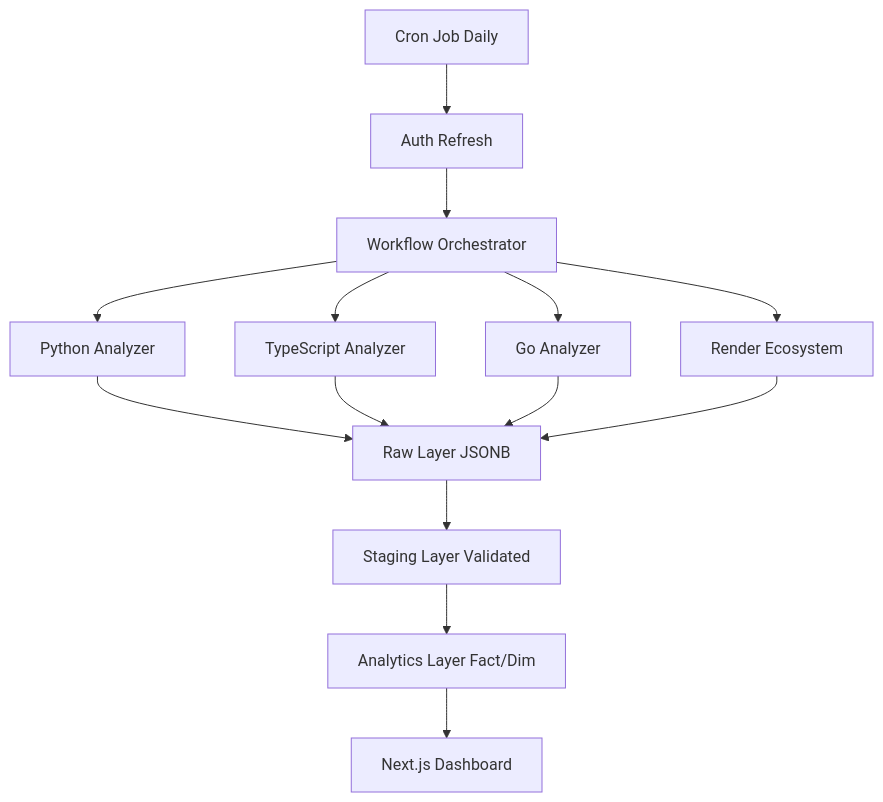
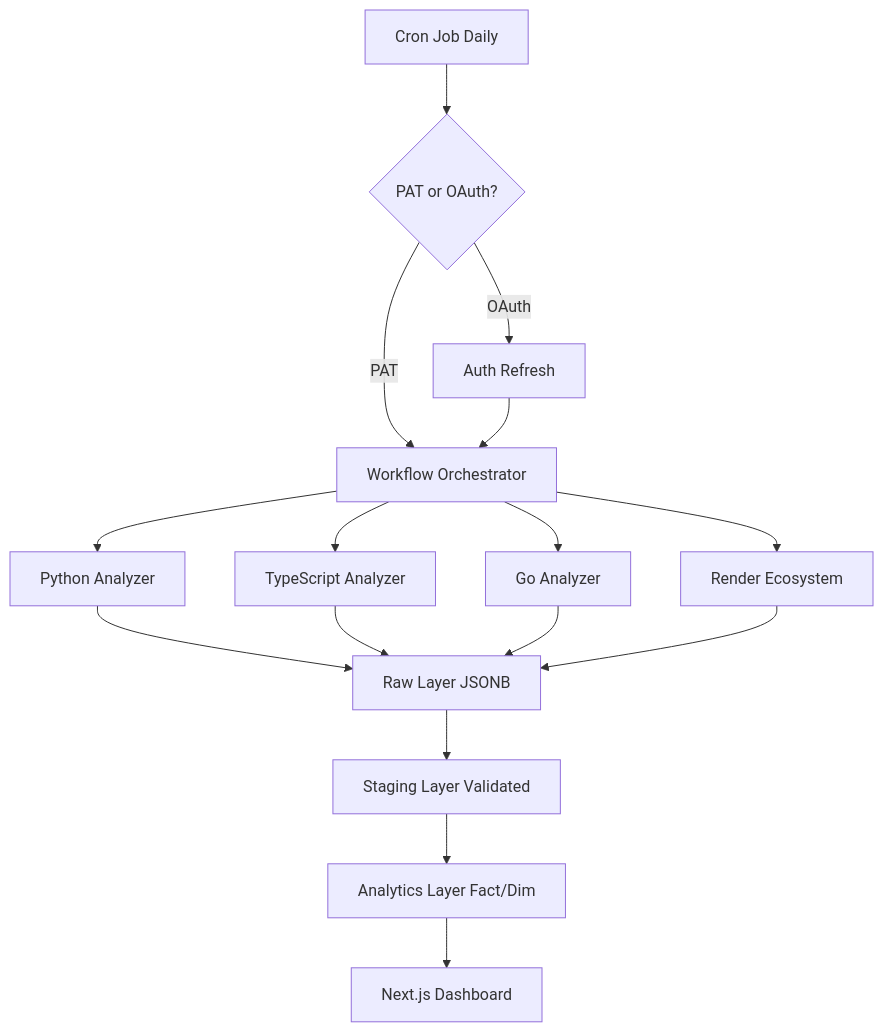
The diagram in README.md (render-examples/trender), drawn with Mermaid before and after one commit. The commit also changed other lines of this file and 9 other files, not shown here.

````diff
--- a/README.md
+++ b/README.md
@@ -47,16 +50,18 @@
 ```mermaid
 graph TD
-    A[Cron Job Daily] --> B[Auth Refresh]
-    B --> C[Workflow Orchestrator]
-    C --> D[Python Analyzer]
-    C --> E[TypeScript Analyzer]
-    C --> F[Go Analyzer]
-    C --> G[Render Ecosystem]
-    D --> H[Raw Layer JSONB]
-    E --> H
-    F --> H
-    G --> H
-    H --> I[Staging Layer Validated]
-    I --> J[Analytics Layer Fact/Dim]
-    J --> K[Next.js Dashboard]
+    A[Cron Job Daily] --> B{PAT or OAuth?}
+    B -->|OAuth| C[Auth Refresh]
+    B -->|PAT| D[Workflow Orchestrator]
+    C --> D
+    D --> E[Python Analyzer]
+    D --> F[TypeScript Analyzer]
+    D --> G[Go Analyzer]
+    D --> H[Render Ecosystem]
+    E --> I[Raw Layer JSONB]
+    F --> I
+    G --> I
+    H --> I
+    I --> J[Staging Layer Validated]
+    J --> K[Analytics Layer Fact/Dim]
+    K --> L[Next.js Dashboard]
 ```
````
